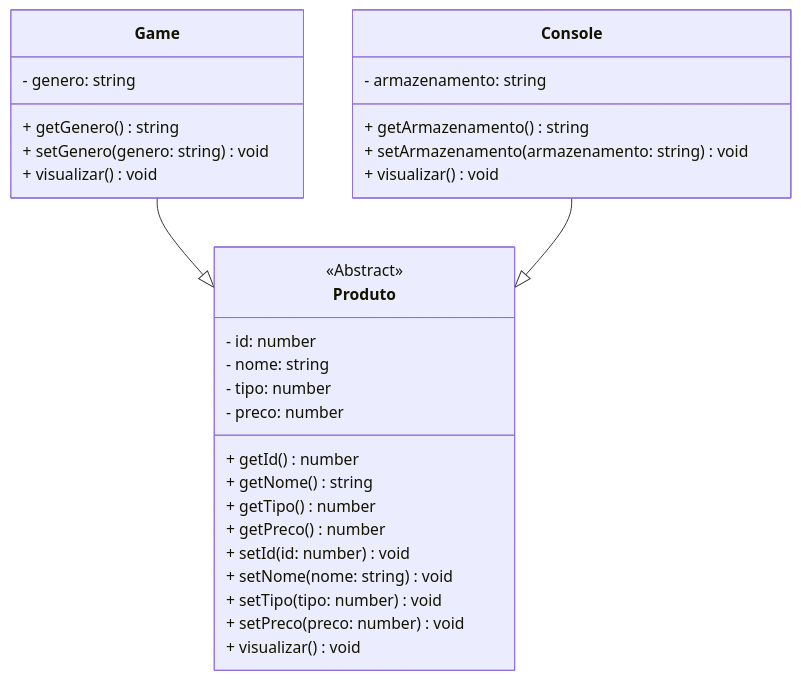
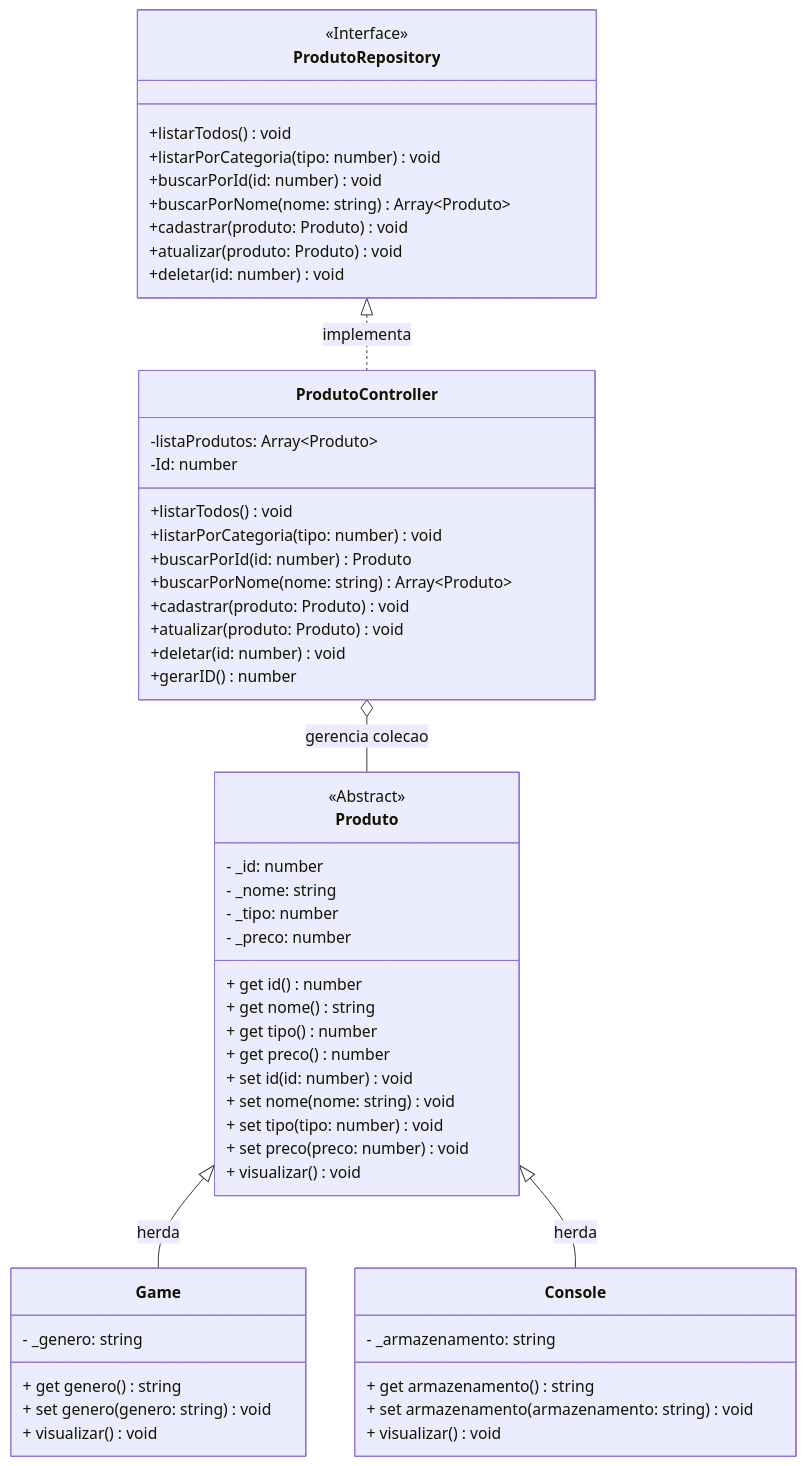
One commit to erickystn/projeto_final_bloco_01 changed the first of 2 diagrams in README.md. Above: the diagram before and after it, drawn with Mermaid. The commit also changed other lines of this file, not shown here.

````diff
--- a/README.md
+++ b/README.md
@@ -96,33 +127,62 @@
 ```mermaid
 classDiagram
+    class ProdutoRepository {
+        <<Interface>>
+        +listarTodos() void
+        +listarPorCategoria(tipo: number) void
+        +buscarPorId(id: number) void
+        +buscarPorNome(nome: string) Array~Produto~
+        +cadastrar(produto: Produto) void
+        +atualizar(produto: Produto) void
+        +deletar(id: number) void
+    }
+
+    class ProdutoController {
+        -listaProdutos: Array~Produto~
+        -Id: number
+        +listarTodos() void
+        +listarPorCategoria(tipo: number) void
+        +buscarPorId(id: number) Produto
+        +buscarPorNome(nome: string) Array~Produto~
+        +cadastrar(produto: Produto) void
+        +atualizar(produto: Produto) void
+        +deletar(id: number) void
+        +gerarID() number
+    }
+
     class Produto {
         <<Abstract>>
-        - id: number
-        - nome: string
-        - tipo: number
-        - preco: number
-        + getId() number
-        + getNome() string
-        + getTipo() number
-        + getPreco() number
-        + setId(id: number) void
-        + setNome(nome: string) void
-        + setTipo(tipo: number) void
-        + setPreco(preco: number) void
+        - _id: number
+        - _nome: string
+        - _tipo: number
+        - _preco: number
+        + get id() number
+        + get nome() string
+        + get tipo() number
+        + get preco() number
+        + set id(id: number) void
+        + set nome(nome: string) void
+        + set tipo(tipo: number) void
+        + set preco(preco: number) void
         + visualizar() void
     }
+
     class Game {
-        - genero: string
-        + getGenero() string
-        + setGenero(genero: string) void
+        - _genero: string
+        + get genero() string
+        + set genero(genero: string) void
         + visualizar() void
     }
+
     class Console {
-        - armazenamento: string
-        + getArmazenamento() string
-        + setArmazenamento(armazenamento: string) void
+        - _armazenamento: string
+        + get armazenamento() string
+        + set armazenamento(armazenamento: string) void
         + visualizar() void
     }
-    Game --|> Produto
-    Console --|> Produto
+
+    ProdutoRepository <|.. ProdutoController : implementa
+    ProdutoController o-- Produto : gerencia colecao
+    Produto <|-- Game : herda
+    Produto <|-- Console : herda
 ```
````
